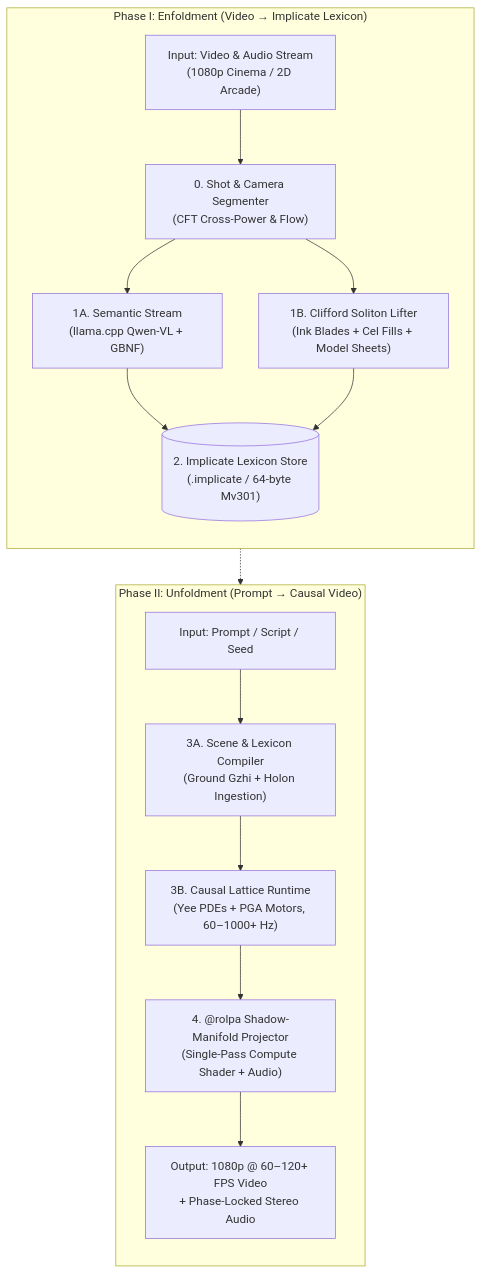
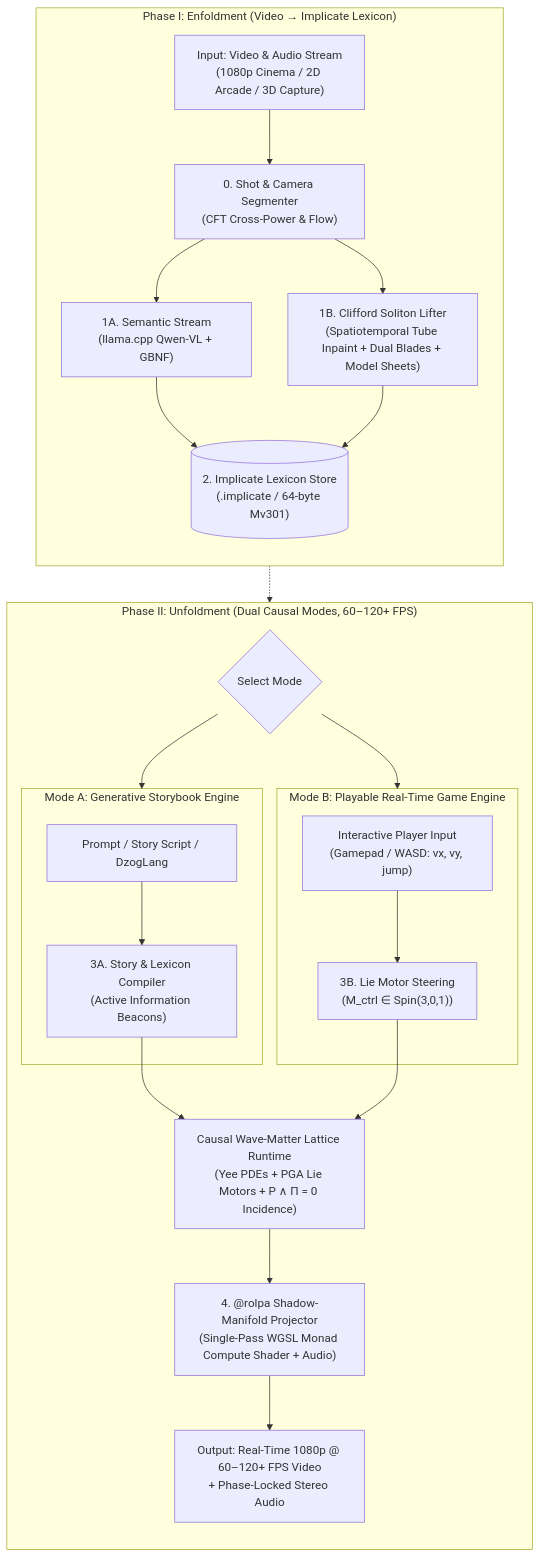
The diagram in docs/implicate_model_whitepaper.md (jadbox/ImplicateModel), drawn with Mermaid before and after one commit. The commit also changed other lines of this file and 3 other files, not shown here.

Commit message:
feat: adopt Plan 2.0 Storybook & Playable World Engine architecture

````diff
--- a/docs/implicate_model_whitepaper.md
+++ b/docs/implicate_model_whitepaper.md
@@ -28,20 +33,33 @@
 ```mermaid
 flowchart TD
     subgraph P1["Phase I: Enfoldment (Video → Implicate Lexicon)"]
         direction TD
-        V_IN["Input: Video & Audio Stream<br/>(1080p Cinema / 2D Arcade)"] --> S0["0. Shot & Camera Segmenter<br/>(CFT Cross-Power & Flow)"]
+        V_IN["Input: Video & Audio Stream<br/>(1080p Cinema / 2D Arcade / 3D Capture)"] --> S0["0. Shot & Camera Segmenter<br/>(CFT Cross-Power & Flow)"]
         S0 --> S1A["1A. Semantic Stream<br/>(llama.cpp Qwen-VL + GBNF)"]
-        S0 --> S1B["1B. Clifford Soliton Lifter<br/>(Ink Blades + Cel Fills + Model Sheets)"]
+        S0 --> S1B["1B. Clifford Soliton Lifter<br/>(Spatiotemporal Tube Inpaint + Dual Blades + Model Sheets)"]
         S1A --> S2[("2. Implicate Lexicon Store<br/>(.implicate / 64-byte Mv301)")]
         S1B --> S2
     end
 
-    subgraph P2["Phase II: Unfoldment (Prompt → Causal Video)"]
+    subgraph P2["Phase II: Unfoldment (Dual Causal Modes, 60–120+ FPS)"]
         direction TD
-        P_IN["Input: Prompt / Script / Seed"] --> S3A["3A. Scene & Lexicon Compiler<br/>(Ground Gzhi + Holon Ingestion)"]
-        S2 -.-> S3A
-        S3A --> S3B["3B. Causal Lattice Runtime<br/>(Yee PDEs + PGA Motors, 60–1000+ Hz)"]
-        S3B --> S4["4. @rolpa Shadow-Manifold Projector<br/>(Single-Pass Compute Shader + Audio)"]
-        S4 --> V_OUT["Output: 1080p @ 60–120+ FPS Video<br/>+ Phase-Locked Stereo Audio"]
+        S2 -.-> S3_ROUTER{"Select Mode"}
+        
+        subgraph ModeA["Mode A: Generative Storybook Engine"]
+            IN_A["Prompt / Story Script / DzogLang"] --> S3A["3A. Story & Lexicon Compiler<br/>(Active Information Beacons)"]
+        end
+        
+        subgraph ModeB["Mode B: Playable Real-Time Game Engine"]
+            IN_B["Interactive Player Input<br/>(Gamepad / WASD: vx, vy, jump)"] --> S3B_IN["3B. Lie Motor Steering<br/>(M_ctrl ∈ Spin(3,0,1))"]
+        end
+        
+        S3_ROUTER --> ModeA
+        S3_ROUTER --> ModeB
+        
+        S3A --> S_LATTICE["Causal Wave-Matter Lattice Runtime<br/>(Yee PDEs + PGA Lie Motors + P ∧ Π = 0 Incidence)"]
+        S3B_IN --> S_LATTICE
+        
+        S_LATTICE --> S4["4. @rolpa Shadow-Manifold Projector<br/>(Single-Pass WGSL Monad Compute Shader + Audio)"]
+        S4 --> V_OUT["Output: Real-Time 1080p @ 60–120+ FPS Video<br/>+ Phase-Locked Stereo Audio"]
     end
 ```
````
